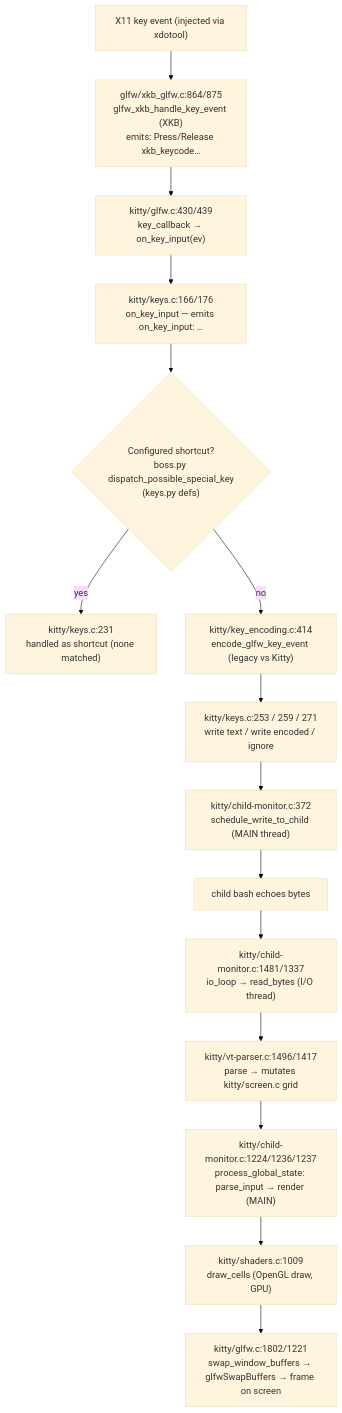
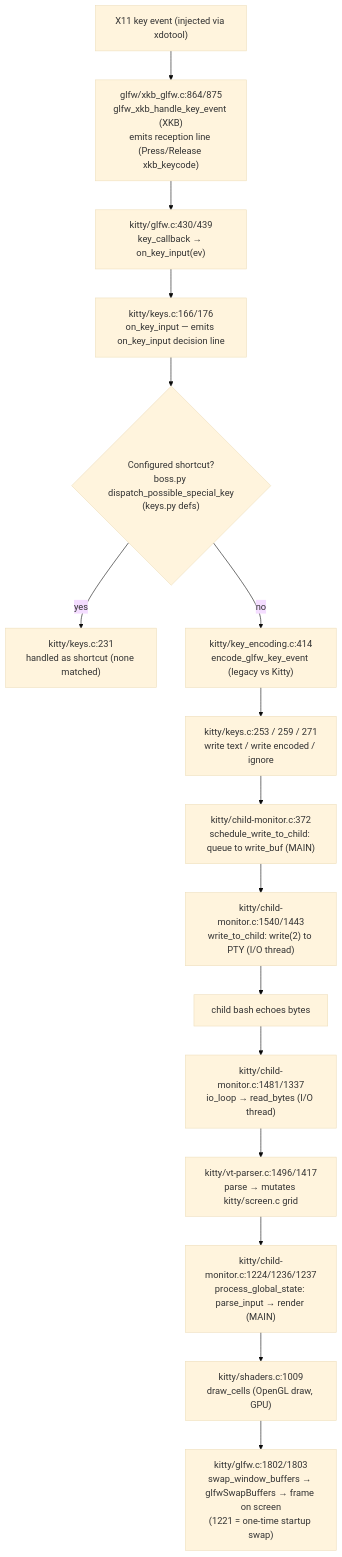
The diagram in blitzy/documentation/kitty_815df1e210e0.md (blitzy-research/kitty), drawn with Mermaid (base theme) before and after one commit. The commit also changed other lines of this file, not shown here.

````diff
--- a/blitzy/documentation/kitty_815df1e210e0.md
+++ b/blitzy/documentation/kitty_815df1e210e0.md
@@ -475,22 +599,23 @@
 ```mermaid
 flowchart TD
     K["X11 key event (injected via xdotool)"]
-    XKB["glfw/xkb_glfw.c:864/875<br/>glfw_xkb_handle_key_event (XKB)<br/>emits: Press/Release xkb_keycode…"]
+    XKB["glfw/xkb_glfw.c:864/875<br/>glfw_xkb_handle_key_event (XKB)<br/>emits reception line (Press/Release xkb_keycode)"]
     CB["kitty/glfw.c:430/439<br/>key_callback → on_key_input(ev)"]
-    OKI["kitty/keys.c:166/176<br/>on_key_input — emits on_key_input: …"]
+    OKI["kitty/keys.c:166/176<br/>on_key_input — emits on_key_input decision line"]
     SC{"Configured shortcut?<br/>boss.py dispatch_possible_special_key<br/>(keys.py defs)"}
     SH["kitty/keys.c:231<br/>handled as shortcut (none matched)"]
     ENC["kitty/key_encoding.c:414<br/>encode_glfw_key_event (legacy vs Kitty)"]
     WR["kitty/keys.c:253 / 259 / 271<br/>write text / write encoded / ignore"]
-    PTY["kitty/child-monitor.c:372<br/>schedule_write_to_child (MAIN thread)"]
+    PTY["kitty/child-monitor.c:372<br/>schedule_write_to_child: queue to write_buf (MAIN)"]
+    IOW["kitty/child-monitor.c:1540/1443<br/>write_to_child: write(2) to PTY (I/O thread)"]
     SHELL["child bash echoes bytes"]
     IO["kitty/child-monitor.c:1481/1337<br/>io_loop → read_bytes (I/O thread)"]
     VP["kitty/vt-parser.c:1496/1417<br/>parse → mutates kitty/screen.c grid"]
     TICK["kitty/child-monitor.c:1224/1236/1237<br/>process_global_state: parse_input → render (MAIN)"]
     DRAW["kitty/shaders.c:1009<br/>draw_cells (OpenGL draw, GPU)"]
-    SWAP["kitty/glfw.c:1802/1221<br/>swap_window_buffers → glfwSwapBuffers → frame on screen"]
+    SWAP["kitty/glfw.c:1802/1803<br/>swap_window_buffers → glfwSwapBuffers → frame on screen<br/>(1221 = one-time startup swap)"]
 
     K --> XKB --> CB --> OKI --> SC
     SC -->|yes| SH
-    SC -->|no| ENC --> WR --> PTY --> SHELL --> IO --> VP --> TICK --> DRAW --> SWAP
+    SC -->|no| ENC --> WR --> PTY --> IOW --> SHELL --> IO --> VP --> TICK --> DRAW --> SWAP
 ```
````
